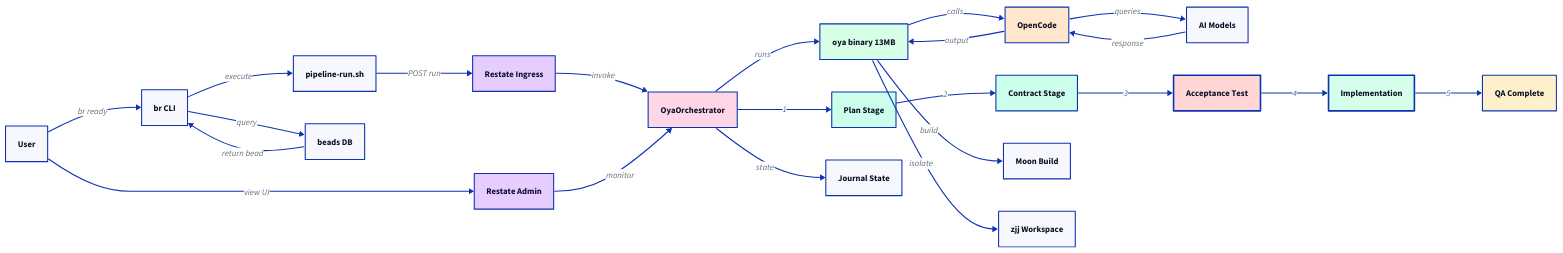
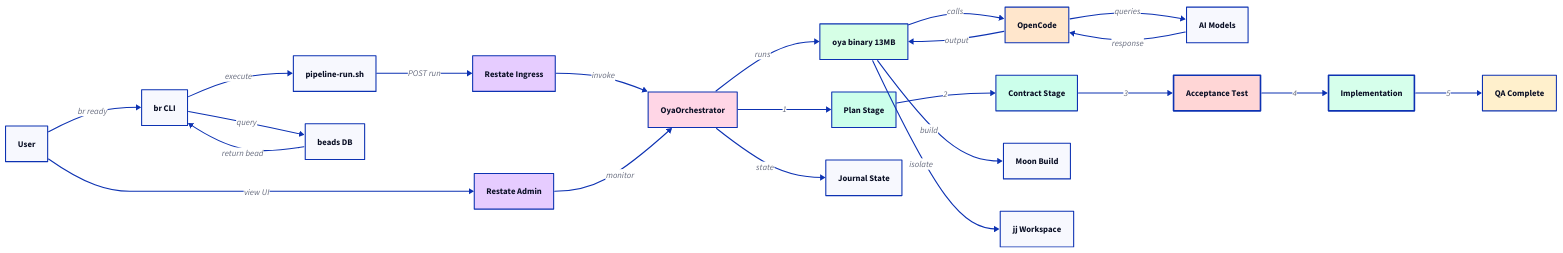
The diagram in docs/diagrams/oya-architecture-noicons.d2 (lprior-repo/oya), drawn with D2 before and after one commit. The commit also changed 67 other files, not shown here.

```diff
--- a/docs/diagrams/oya-architecture-noicons.d2
+++ b/docs/diagrams/oya-architecture-noicons.d2
@@ -1,116 +1,116 @@
 # OYA Workflow Architecture Diagram
 
 direction: right
 
 # Actors and Tools
 User
 
 br_cli: {
   label: br CLI
 }
 
 pipeline: {
   label: pipeline-run.sh
 }
 
 # Services
 ingress: {
   label: Restate Ingress
   style.fill: "#e6ccff"
 }
 
 admin: {
   label: Restate Admin
   style.fill: "#e6ccff"
 }
 
 orchestrator: {
   label: OyaOrchestrator
   style.fill: "#ffd6e6"
 }
 
 oya_binary: {
   label: oya binary 13MB
   style.fill: "#d6ffe6"
 }
 
 # AI
 opencode: {
   label: OpenCode
   style.fill: "#ffe6cc"
 }
 
 models: {
   label: AI Models
 }
 
 # Stages
 plan: {
   label: Plan Stage
   style.fill: "#ccffeb"
 }
 
 contract: {
   label: Contract Stage
   style.fill: "#ccffeb"
 }
 
 acceptance: {
   label: Acceptance Test
   style.fill: "#ffd6d6"
   style.stroke-width: 3
 }
 
 implementation: {
   label: Implementation
   style.fill: "#d6ffeb"
   style.stroke-width: 3
 }
 
 qa: {
   label: QA Complete
   style.fill: "#fff0cc"
 }
 
 # Tools
 moon: {
   label: Moon Build
 }
 
-zjj: {
-  label: zjj Workspace
+jj: {
+  label: jj Workspace
 }
 
 # Data
 beads: {
   label: beads DB
 }
 
 journal: {
   label: Journal State
 }
 
 # Connections
 User -> br_cli: br ready
 br_cli -> beads: query
 beads -> br_cli: return bead
 br_cli -> pipeline: execute
 pipeline -> ingress: POST run
 ingress -> orchestrator: invoke
 orchestrator -> oya_binary: runs
 oya_binary -> opencode: calls
 opencode -> models: queries
 models -> opencode: response
 opencode -> oya_binary: output
 oya_binary -> moon: build
-oya_binary -> zjj: isolate
+oya_binary -> jj: isolate
 
 orchestrator -> plan: 1
 plan -> contract: 2
 contract -> acceptance: 3
 acceptance -> implementation: 4
 implementation -> qa: 5
 
 orchestrator -> journal: state
 admin -> orchestrator: monitor
 User -> admin: view UI
```
